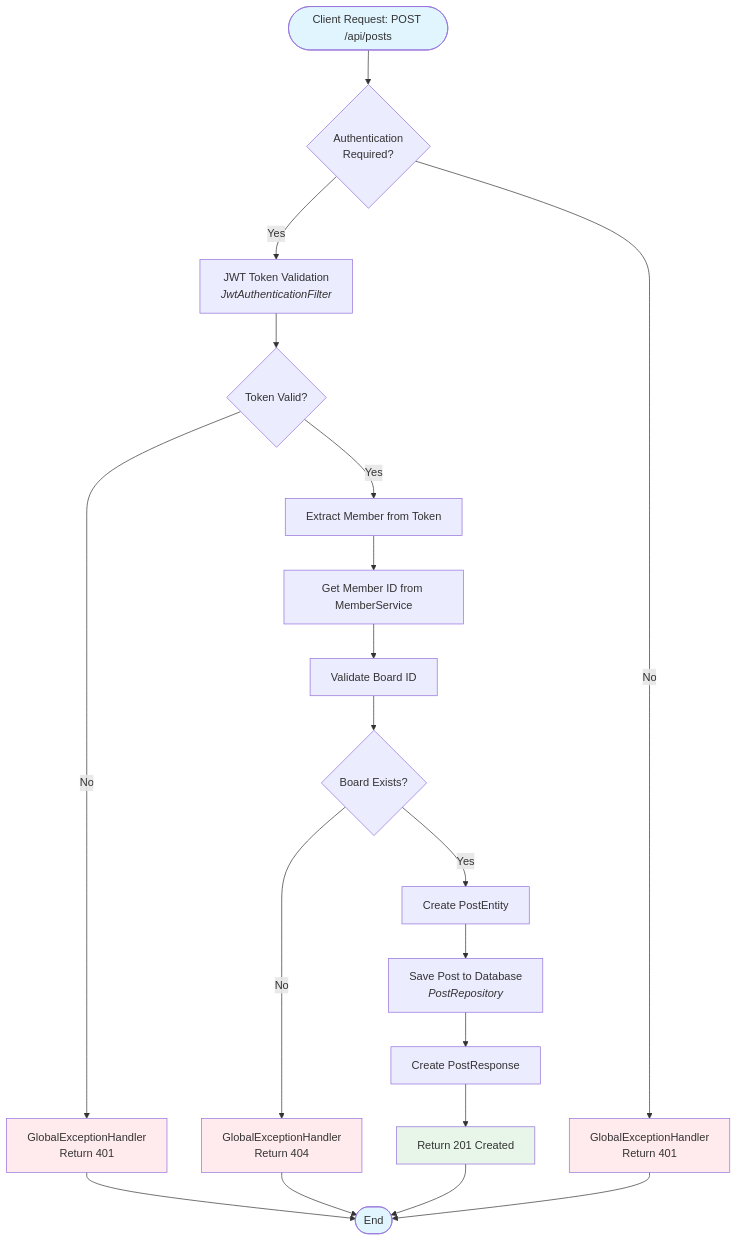
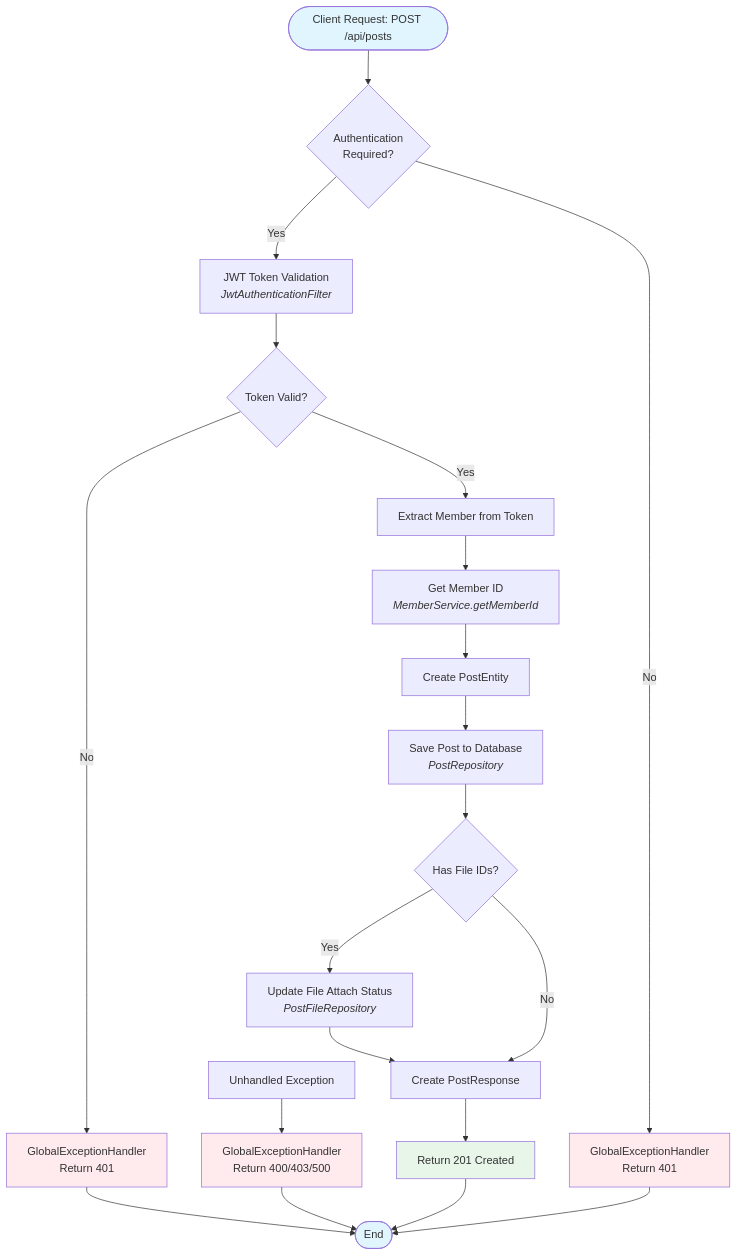
Before and after one commit to RKS-t/JungleBook: the diagram in doc/post/PostController/createPost-flowchart.md, drawn with Mermaid. The commit also changed 18 other files, not shown here.

First line of the commit message:
docs: update Mermaid charts for CQRS services

````diff
--- a/doc/post/PostController/createPost-flowchart.md
+++ b/doc/post/PostController/createPost-flowchart.md
@@ -3,33 +3,34 @@
 ```mermaid
 flowchart TD
     Start([Client Request: POST /api/posts]) --> AuthCheck{Authentication<br/>Required?}
     AuthCheck -->|Yes| JWTValidate[JWT Token Validation<br/><i>JwtAuthenticationFilter</i>]
     AuthCheck -->|No| GlobalExceptionHandler1[GlobalExceptionHandler<br/>Return 401]
     
     JWTValidate --> TokenValid{Token Valid?}
     TokenValid -->|No| GlobalExceptionHandler2[GlobalExceptionHandler<br/>Return 401]
     TokenValid -->|Yes| ExtractMember[Extract Member from Token]
     
-    ExtractMember --> GetMemberId[Get Member ID from MemberService]
-    GetMemberId --> ValidateBoard[Validate Board ID]
-    
-    ValidateBoard --> BoardExists{Board Exists?}
-    BoardExists -->|No| GlobalExceptionHandler3[GlobalExceptionHandler<br/>Return 404]
-    BoardExists -->|Yes| CreatePostEntity[Create PostEntity]
+    ExtractMember --> GetMemberId[Get Member ID<br/><i>MemberService.getMemberId</i>]
+    GetMemberId --> CreatePostEntity[Create PostEntity]
     
     CreatePostEntity --> SavePost[Save Post to Database<br/><i>PostRepository</i>]
-    SavePost --> CreateResponse[Create PostResponse]
+    SavePost --> CheckFiles{Has File IDs?}
+    CheckFiles -->|Yes| UpdateFiles[Update File Attach Status<br/><i>PostFileRepository</i>]
+    CheckFiles -->|No| CreateResponse[Create PostResponse]
+    UpdateFiles --> CreateResponse[Create PostResponse]
     CreateResponse --> Return201[Return 201 Created]
     
     Return201 --> End([End])
     GlobalExceptionHandler1 --> End
     GlobalExceptionHandler2 --> End
+    
+    ErrorPath[Unhandled Exception] --> GlobalExceptionHandler3[GlobalExceptionHandler<br/>Return 400/403/500]
     GlobalExceptionHandler3 --> End
     
     style Start fill:#e1f5ff
     style End fill:#e1f5ff
     style GlobalExceptionHandler1 fill:#ffebee
     style GlobalExceptionHandler2 fill:#ffebee
     style GlobalExceptionHandler3 fill:#ffebee
     style Return201 fill:#e8f5e9
 ```
````
